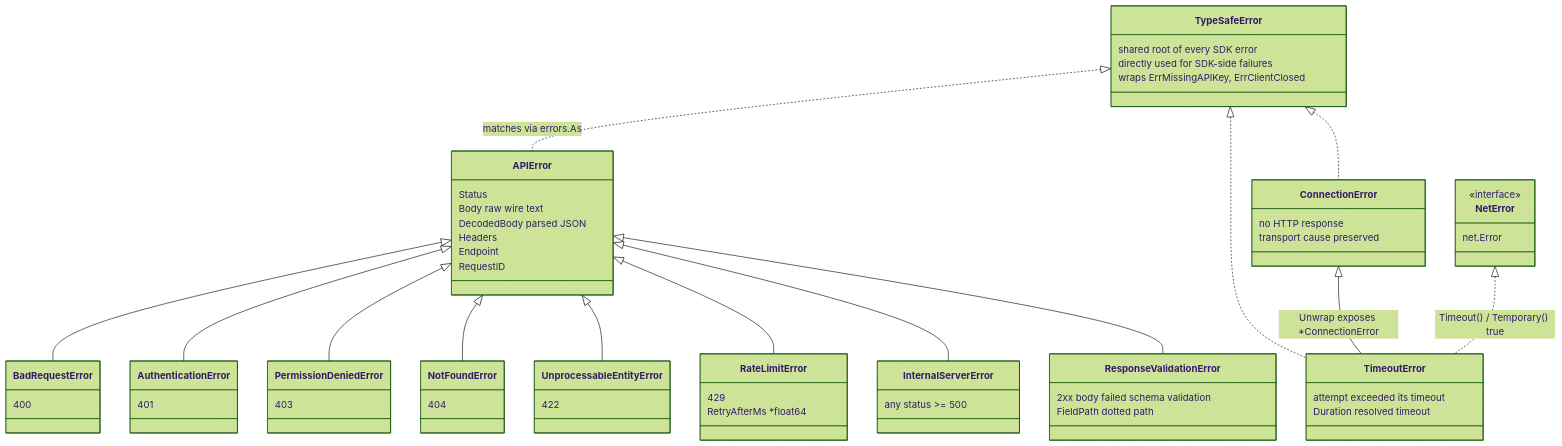
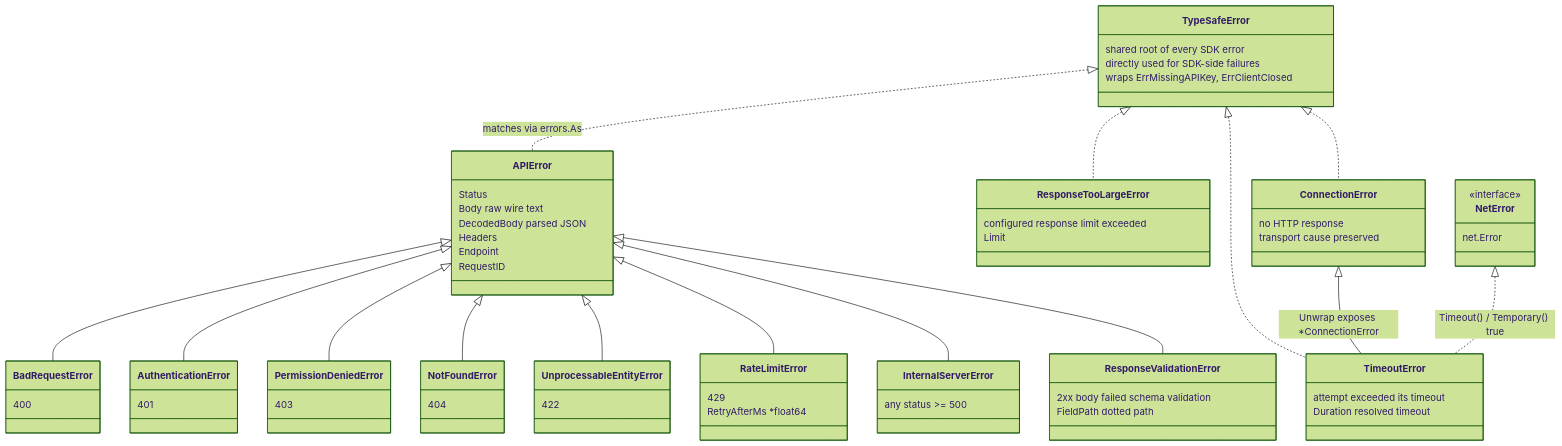
Before and after one commit to captain-corgi/typesafe-sdk-go: the first of 3 diagrams in docs/errors.md, drawn with Mermaid (forest theme). The commit also changed other lines of this file and 23 other files, not shown here.

````diff
--- a/docs/errors.md
+++ b/docs/errors.md
@@ -10,67 +10,72 @@
 ```mermaid
 classDiagram
     class TypeSafeError {
         shared root of every SDK error
         directly used for SDK-side failures
         wraps ErrMissingAPIKey, ErrClientClosed
     }
     class APIError {
         Status
         Body raw wire text
         DecodedBody parsed JSON
         Headers
         Endpoint
         RequestID
     }
     class BadRequestError {
         400
     }
     class AuthenticationError {
         401
     }
     class PermissionDeniedError {
         403
     }
     class NotFoundError {
         404
     }
     class UnprocessableEntityError {
         422
     }
     class RateLimitError {
         429
         RetryAfterMs *float64
     }
     class InternalServerError {
         any status >= 500
     }
     class ResponseValidationError {
         2xx body failed schema validation
         FieldPath dotted path
     }
+    class ResponseTooLargeError {
+        configured response limit exceeded
+        Limit
+    }
     class ConnectionError {
         no HTTP response
         transport cause preserved
     }
     class TimeoutError {
         attempt exceeded its timeout
         Duration resolved timeout
     }
     class NetError {
         <<interface>>
         net.Error
     }
     TypeSafeError <|.. APIError : matches via errors.As
     TypeSafeError <|.. ConnectionError
     TypeSafeError <|.. TimeoutError
     APIError <|-- BadRequestError
     APIError <|-- AuthenticationError
     APIError <|-- PermissionDeniedError
     APIError <|-- NotFoundError
     APIError <|-- UnprocessableEntityError
     APIError <|-- RateLimitError
     APIError <|-- InternalServerError
     APIError <|-- ResponseValidationError
+    TypeSafeError <|.. ResponseTooLargeError
     ConnectionError <|-- TimeoutError : Unwrap exposes *ConnectionError
     NetError <|.. TimeoutError : Timeout() / Temporary() true
 ```
````
